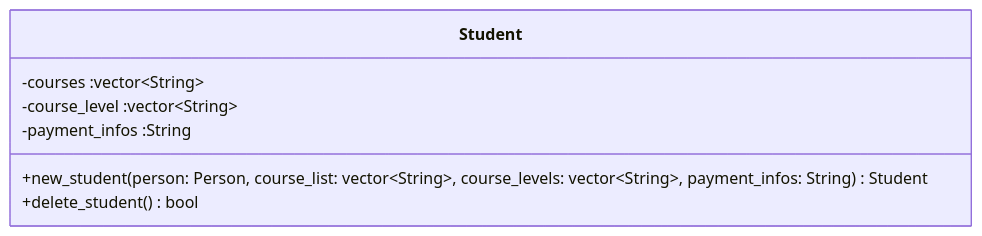
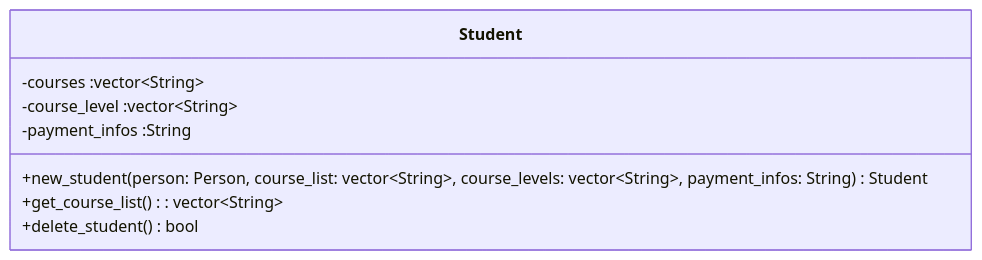
Before and after one commit to ondergormez/BLM3722_Software_Engineering: the third of 9 diagrams in Project/UML_Diag.md, drawn with Mermaid. The commit also changed 5 other files, not shown here.

````diff
--- a/Project/UML_Diag.md
+++ b/Project/UML_Diag.md
@@ -85,10 +85,11 @@
 ```mermaid
 classDiagram
     class Student{
       -courses :vector~String~ 
       -course_level :vector~String~ 
       -payment_infos :String 
       +new_student(person: Person, course_list: vector~String~, course_levels: vector~String~, payment_infos: String) Student
+      +get_course_list() : vector~String~
       +delete_student() bool
     }
 ```
````
